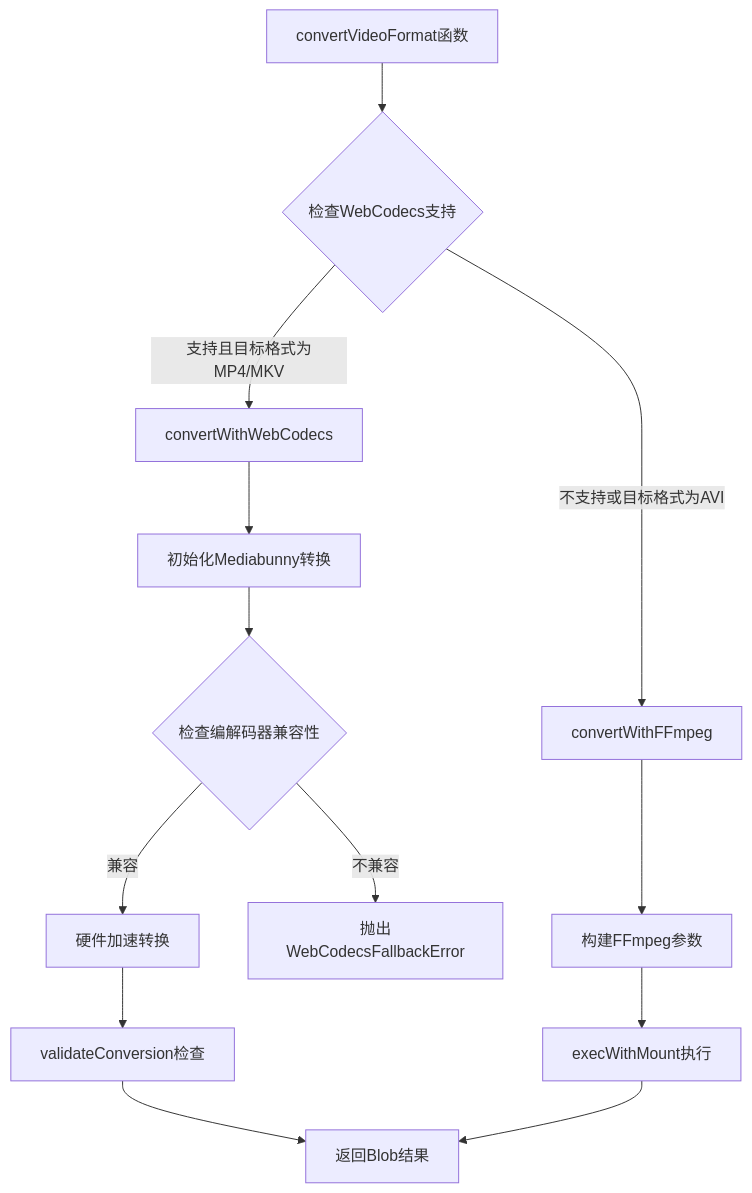
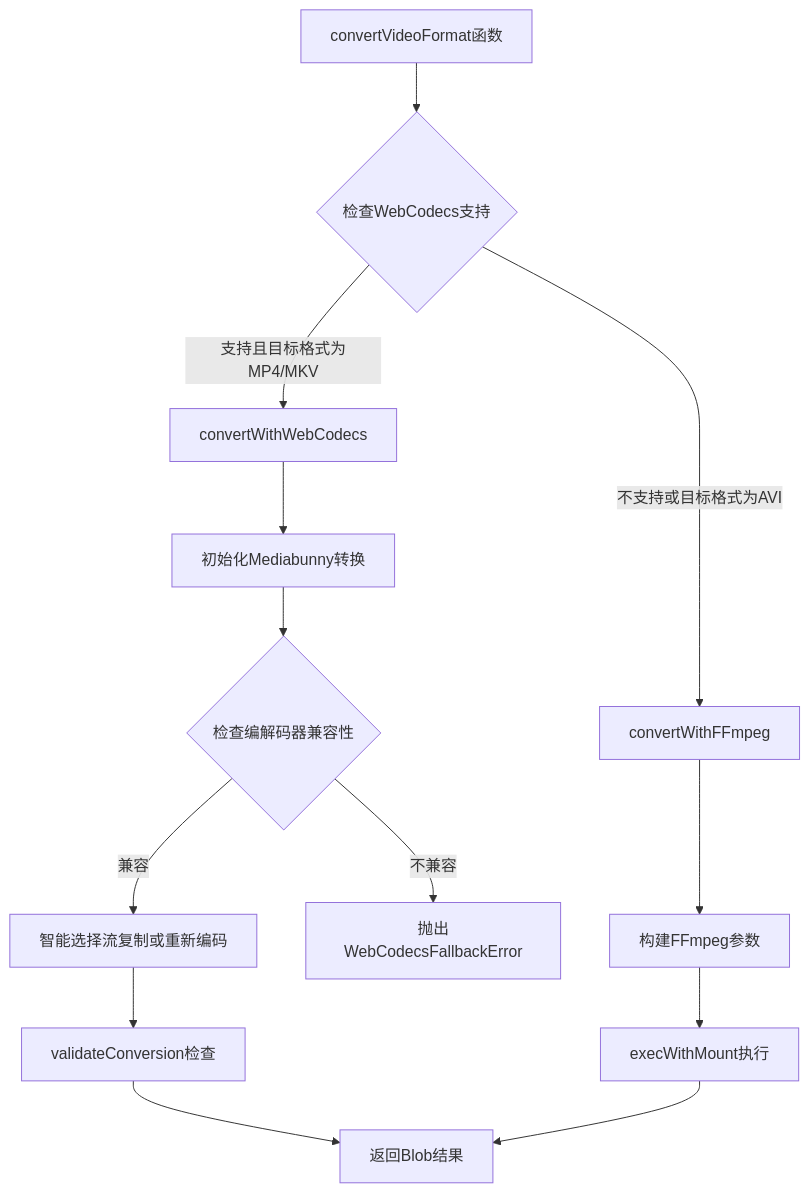
Before and after one commit to sgyy/privadeck: the fifth of 13 diagrams in .qoder/repowiki/zh/content/工具分类/视频处理工具/视频格式转换工具.md, drawn with Mermaid. The commit also changed other lines of this file and 5 other files, not shown here.

````diff
--- a/.qoder/repowiki/zh/content/工具分类/视频处理工具/视频格式转换工具.md
+++ b/.qoder/repowiki/zh/content/工具分类/视频处理工具/视频格式转换工具.md
@@ -170,15 +196,15 @@
 ```mermaid
 flowchart TD
 A[convertVideoFormat函数] --> B{检查WebCodecs支持}
 B --> |支持且目标格式为MP4/MKV| C[convertWithWebCodecs]
 B --> |不支持或目标格式为AVI| D[convertWithFFmpeg]
 C --> E[初始化Mediabunny转换]
 E --> F{检查编解码器兼容性}
-F --> |兼容| G[硬件加速转换]
+F --> |兼容| G[智能选择流复制或重新编码]
 F --> |不兼容| H[抛出WebCodecsFallbackError]
 G --> I[validateConversion检查]
 I --> J[返回Blob结果]
 D --> K[构建FFmpeg参数]
 K --> L[execWithMount执行]
 L --> J
 ```
````
